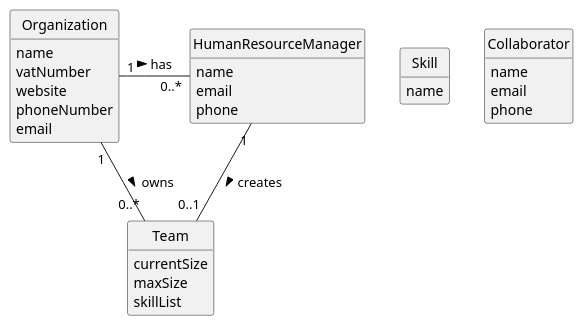
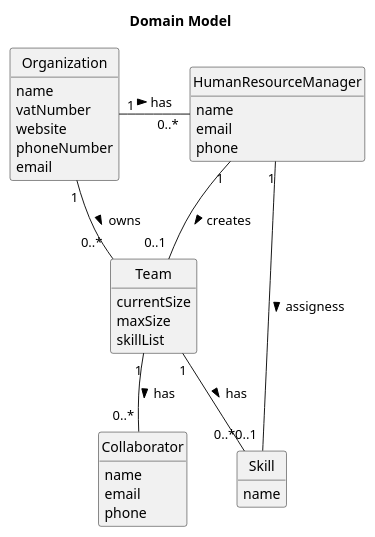
One commit to yusufyilmaz00/Integral-Project-ISEP changed the diagram in docs/sprintA/us005/02.analysis/puml/us05-domain-model.puml. Above: the diagram before and after it, drawn with PlantUML.

Commit message:
update file : title and class relations added

```diff
--- a/docs/sprintA/us005/02.analysis/puml/us05-domain-model.puml
+++ b/docs/sprintA/us005/02.analysis/puml/us05-domain-model.puml
@@ -1,63 +1,51 @@
 @startuml
 skinparam monochrome true
 skinparam packageStyle rectangle
 skinparam shadowing false
 
 'left to right direction
 
 skinparam classAttributeIconSize 0
 
 hide circle
 hide methods
 
-'title Domain Model
-
-'class Platform {
-'  -description
-'}
+title Domain Model
 
 class Organization {
     name
     vatNumber
     website
     phoneNumber
     email
 }
 
 class Team {
     currentSize
     maxSize
     skillList
 }
 
 class Skill{
     name
     }
 
 class Collaborator {
     name
     email
     phone
 }
 
 class HumanResourceManager {
     name
     email
     phone
 }
 
-'class User {
-'    name
-'    email
-'    password
-'}
-
-'Platform "1" -- "*" Organization : has registered >
-'Platform "1" -- "*" Category : defines >
-Organization "1" - "0..*" HumanResourceManager : has >
-Organization "1" - "0..*" Team: owns >
-'Task "*" -- "1" HumanResourceManager: created by >
-HumanResourceManager "1" -- "0..1" Team : creates >
-'HumanResourceManager "0..1" -- "1" User: acts as >
-
+Organization "1" - "0..* " HumanResourceManager : has >
+Organization "1" - "0..* " Team: owns >
+HumanResourceManager "1" -- "0..1 " Team : creates >
+HumanResourceManager "1" -- "0..1 " Skill : assigness >
+Team "1" -- "0..* " Collaborator : has >
+Team "1" -- "0..* " Skill : has >
 @enduml
```
